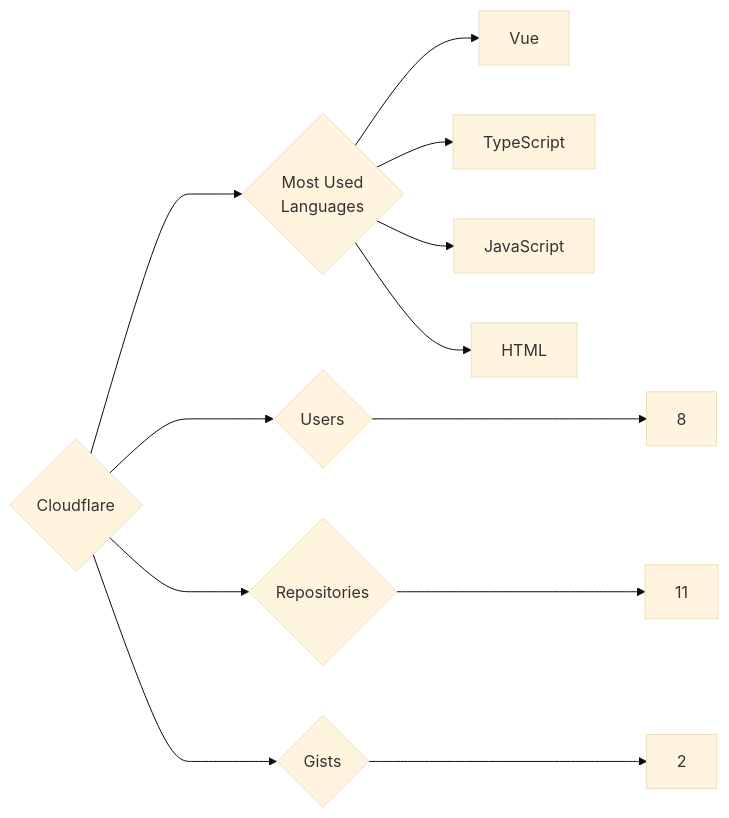
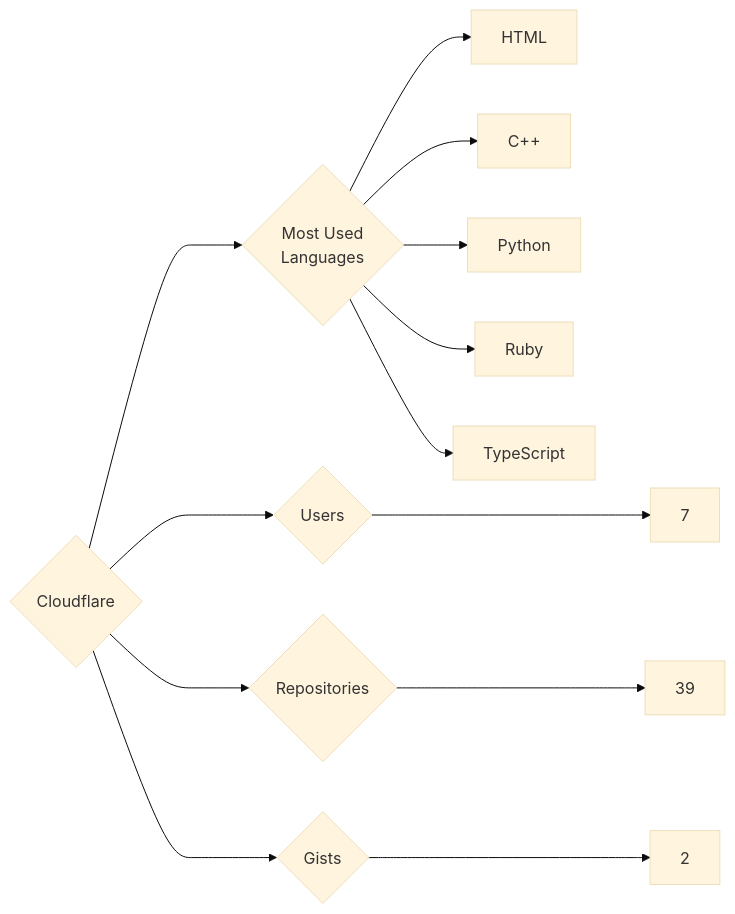
Before and after one commit to trickest/insiders: the diagram in targets/Cloudflare/README.md, drawn with Mermaid (base theme). The commit also changed 1170 other files, not shown here.

````diff
--- a/targets/Cloudflare/README.md
+++ b/targets/Cloudflare/README.md
@@ -3,12 +3,13 @@
 ```mermaid
 graph LR
 COMPANY_NAME{Cloudflare}
-COMPANY_NAME ---> U{Users} ---> UN[8]
-COMPANY_NAME ---> R{Repositories} ---> RN[11]
+COMPANY_NAME ---> U{Users} ---> UN[7]
+COMPANY_NAME ---> R{Repositories} ---> RN[39]
 COMPANY_NAME ---> G{Gists} ---> GN[2]
 COMPANY_NAME ---> ML{Most Used<br>Languages}
-ML --> Vue[Vue]
+ML --> HTML[HTML]
+ML --> C++[C++]
+ML --> Python[Python]
+ML --> Ruby[Ruby]
 ML --> TypeScript[TypeScript]
-ML --> JavaScript[JavaScript]
-ML --> HTML[HTML]
 ```
````
